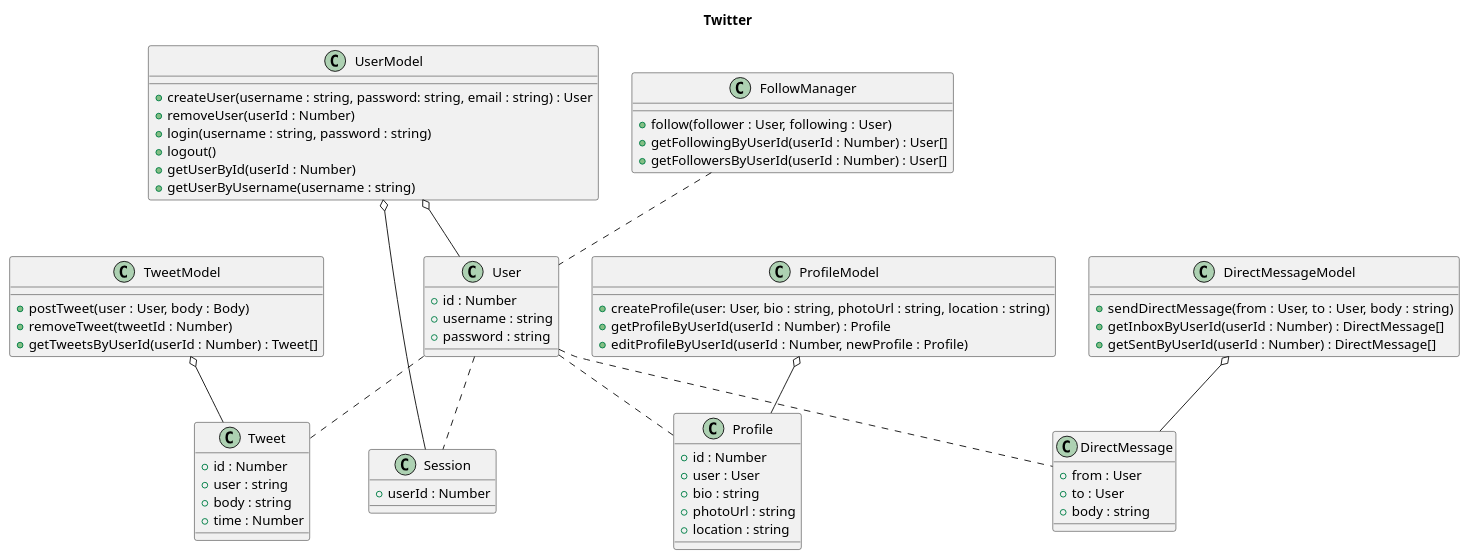
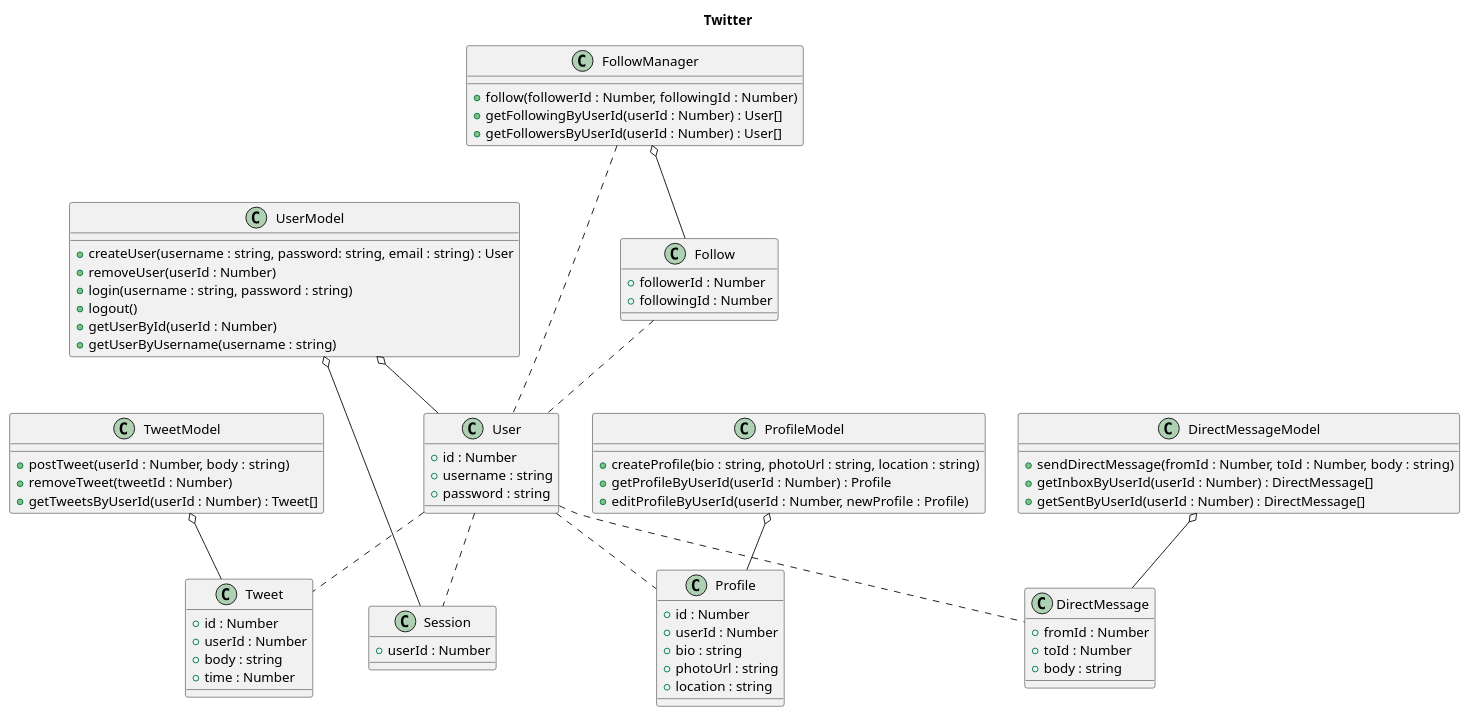
One commit to tart-summer-camp-2011/fe201 changed the diagram in model/classDiagram.plantuml. Above: the diagram before and after it, drawn with PlantUML. The commit also changed 1 other file, not shown here.

Commit message:
updated class diagram to feature user id's instead of user, everywhere.

```diff
--- a/model/classDiagram.plantuml
+++ b/model/classDiagram.plantuml
@@ -1,78 +1,85 @@
 @startuml
 title Twitter
 
 class User {
 	+ id : Number
 	+ username : string
 	+ password : string
 }
 
 class Tweet {
 	+ id : Number
-	+ user : string
+	+ userId : Number
 	+ body : string
 	+ time : Number
 }
 
 class UserModel {
 	+ createUser(username : string, password: string, email : string) : User
 	+ removeUser(userId : Number)
 	+ login(username : string, password : string)
 	+ logout()
 	+ getUserById(userId : Number)
 	+ getUserByUsername(username : string)
 }
 
 class Session {
 	+ userId : Number
 }
 
 class FollowManager {
-	+ follow(follower : User, following : User)
+	+ follow(followerId : Number, followingId : Number)
 	+ getFollowingByUserId(userId : Number) : User[]
 	+ getFollowersByUserId(userId : Number) : User[]
 }
 
 class Profile {
 	+ id : Number
-	+ user : User
+	+ userId : Number
 	+ bio : string
 	+ photoUrl : string
 	+ location : string
 }
 
 class ProfileModel {
-	+ createProfile(user: User, bio : string, photoUrl : string, location : string)
+	+ createProfile(bio : string, photoUrl : string, location : string)
 	+ getProfileByUserId(userId : Number) : Profile
 	+ editProfileByUserId(userId : Number, newProfile : Profile)
 }
 
 class TweetModel {
-	+ postTweet(user : User, body : Body)
+	+ postTweet(userId : Number, body : string)
 	+ removeTweet(tweetId : Number)
 	+ getTweetsByUserId(userId : Number) : Tweet[]
 }
 
 class DirectMessage {
-	+ from : User
-	+ to : User
+	+ fromId : Number
+	+ toId : Number
 	+ body : string
 }
 
 class DirectMessageModel {
-	+ sendDirectMessage(from : User, to : User, body : string)
+	+ sendDirectMessage(fromId : Number, toId : Number, body : string)
 	+ getInboxByUserId(userId : Number) : DirectMessage[]
 	+ getSentByUserId(userId : Number) : DirectMessage[]
+}
+
+class Follow {
+	+ followerId : Number
+	+ followingId : Number
 }
 
 UserModel o-- User
 UserModel o-- Session
 DirectMessageModel o-- DirectMessage
 ProfileModel o-- Profile
 TweetModel o-- Tweet
+FollowManager o-- Follow
 User .. Session
 User .. Tweet
 User .. Profile
 User .. DirectMessage
+Follow .. User
 FollowManager .. User
 @enduml
```
